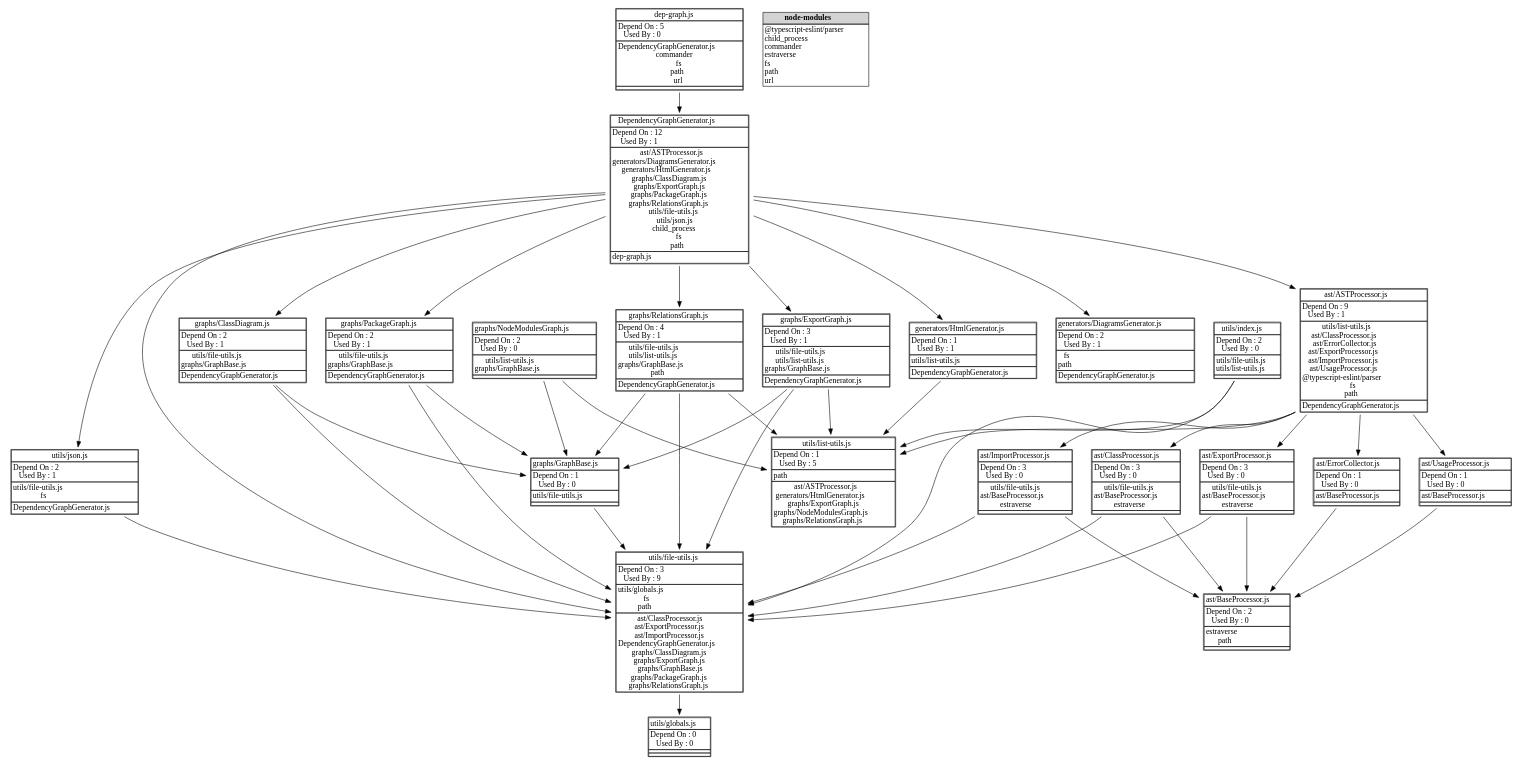
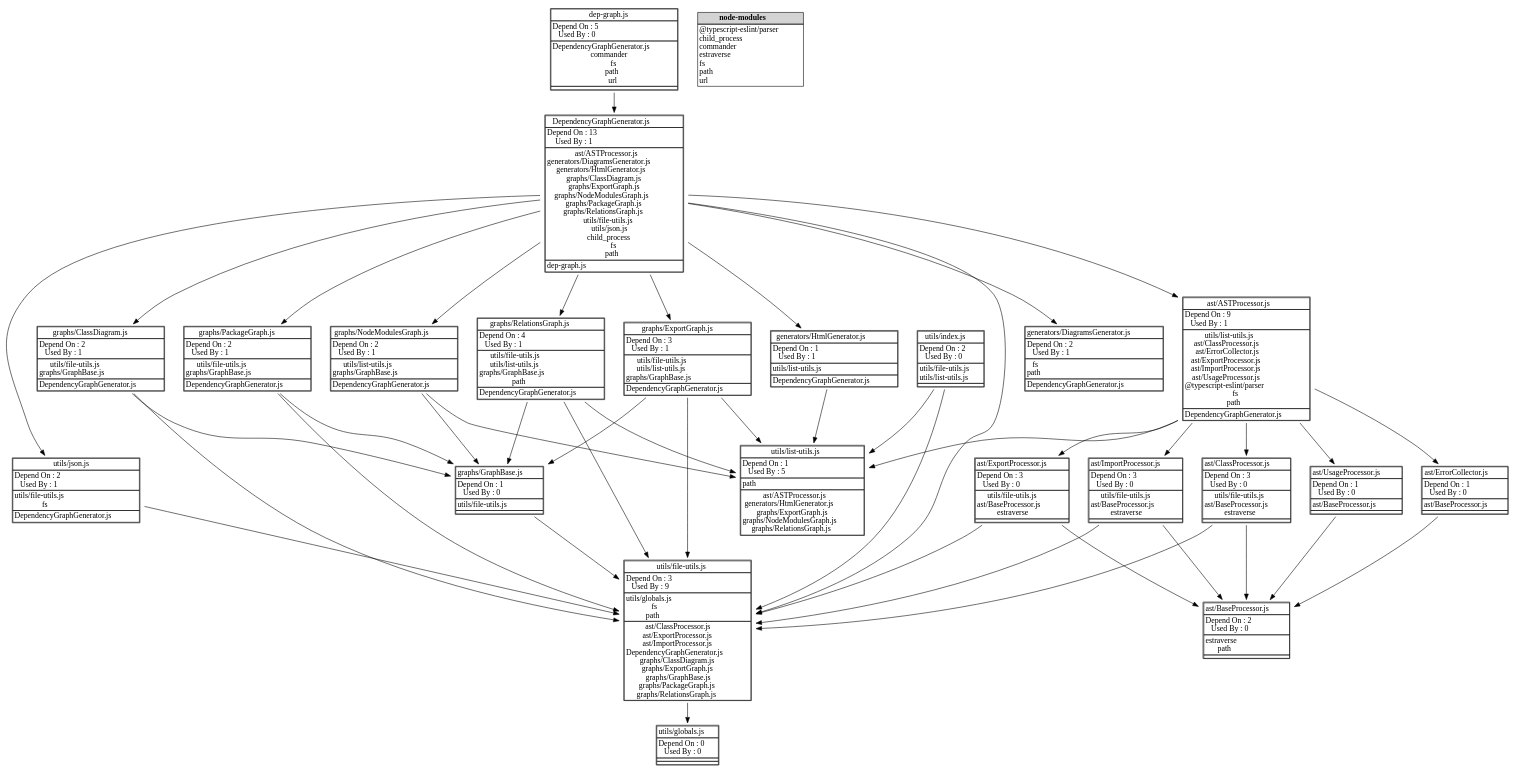
The diagram in docs/Relations.dot (fleebe/dep-graph), drawn with Graphviz before and after one commit. The commit also changed 38 other files, not shown here.

```diff
--- a/docs/Relations.dot
+++ b/docs/Relations.dot
@@ -1,28 +1,29 @@
 digraph {label="";
 labelloc="t";
-"dep-graph.js"[shape = none, label =<<TABLE cellspacing="0" cellborder="1" align="left">
+"dep-graph.js" [shape = none, label =<<TABLE cellspacing="0" cellborder="1" align="left">
 <TR><TD ALIGN="center">dep-graph.js</TD></TR>
 <TR><TD ALIGN="left">Depend On : 5<BR/>
 Used By : 0</TD></TR>
 <TR><TD align="left">DependencyGraphGenerator.js<BR />commander<BR />fs<BR />path<BR />url<BR /></TD></TR><TR><TD align="left"></TD></TR>
 </TABLE>>];
 "dep-graph.js"->"DependencyGraphGenerator.js"
-"DependencyGraphGenerator.js"[shape = none, label =<<TABLE cellspacing="0" cellborder="1" align="left">
+"DependencyGraphGenerator.js" [shape = none, label =<<TABLE cellspacing="0" cellborder="1" align="left">
 <TR><TD ALIGN="center">DependencyGraphGenerator.js</TD></TR>
-<TR><TD ALIGN="left">Depend On : 12<BR/>
+<TR><TD ALIGN="left">Depend On : 13<BR/>
 Used By : 1</TD></TR>
-<TR><TD align="left">ast/ASTProcessor.js<BR />generators/DiagramsGenerator.js<BR />generators/HtmlGenerator.js<BR />graphs/ClassDiagram.js<BR />graphs/ExportGraph.js<BR />graphs/PackageGraph.js<BR />graphs/RelationsGraph.js<BR />utils/file-utils.js<BR />utils/json.js<BR />child_process<BR />fs<BR />path<BR /></TD></TR><TR><TD align="left">dep-graph.js<BR/></TD></TR>
+<TR><TD align="left">ast/ASTProcessor.js<BR />generators/DiagramsGenerator.js<BR />generators/HtmlGenerator.js<BR />graphs/ClassDiagram.js<BR />graphs/ExportGraph.js<BR />graphs/NodeModulesGraph.js<BR />graphs/PackageGraph.js<BR />graphs/RelationsGraph.js<BR />utils/file-utils.js<BR />utils/json.js<BR />child_process<BR />fs<BR />path<BR /></TD></TR><TR><TD align="left">dep-graph.js<BR/></TD></TR>
 </TABLE>>];
 "DependencyGraphGenerator.js"->"ast/ASTProcessor.js"
 "DependencyGraphGenerator.js"->"generators/DiagramsGenerator.js"
 "DependencyGraphGenerator.js"->"generators/HtmlGenerator.js"
 "DependencyGraphGenerator.js"->"graphs/ClassDiagram.js"
 "DependencyGraphGenerator.js"->"graphs/ExportGraph.js"
+"DependencyGraphGenerator.js"->"graphs/NodeModulesGraph.js"
 "DependencyGraphGenerator.js"->"graphs/PackageGraph.js"
 "DependencyGraphGenerator.js"->"graphs/RelationsGraph.js"
 "DependencyGraphGenerator.js"->"utils/file-utils.js"
 "DependencyGraphGenerator.js"->"utils/json.js"
-"ast/ASTProcessor.js"[shape = none, label =<<TABLE cellspacing="0" cellborder="1" align="left">
+"ast/ASTProcessor.js" [shape = none, label =<<TABLE cellspacing="0" cellborder="1" align="left">
 <TR><TD ALIGN="center">ast/ASTProcessor.js</TD></TR>
 <TR><TD ALIGN="left">Depend On : 9<BR/>
 Used By : 1</TD></TR>
@@ -34,13 +35,13 @@
 "ast/ASTProcessor.js"->"ast/ExportProcessor.js"
 "ast/ASTProcessor.js"->"ast/ImportProcessor.js"
 "ast/ASTProcessor.js"->"ast/UsageProcessor.js"
-"ast/BaseProcessor.js"[shape = none, label =<<TABLE cellspacing="0" cellborder="1" align="left">
+"ast/BaseProcessor.js" [shape = none, label =<<TABLE cellspacing="0" cellborder="1" align="left">
 <TR><TD ALIGN="center">ast/BaseProcessor.js</TD></TR>
 <TR><TD ALIGN="left">Depend On : 2<BR/>
 Used By : 0</TD></TR>
 <TR><TD align="left">estraverse<BR />path<BR /></TD></TR><TR><TD align="left"></TD></TR>
 </TABLE>>];
-"ast/ClassProcessor.js"[shape = none, label =<<TABLE cellspacing="0" cellborder="1" align="left">
+"ast/ClassProcessor.js" [shape = none, label =<<TABLE cellspacing="0" cellborder="1" align="left">
 <TR><TD ALIGN="center">ast/ClassProcessor.js</TD></TR>
 <TR><TD ALIGN="left">Depend On : 3<BR/>
 Used By : 0</TD></TR>
@@ -48,14 +49,14 @@
 </TABLE>>];
 "ast/ClassProcessor.js"->"utils/file-utils.js"
 "ast/ClassProcessor.js"->"ast/BaseProcessor.js"
-"ast/ErrorCollector.js"[shape = none, label =<<TABLE cellspacing="0" cellborder="1" align="left">
+"ast/ErrorCollector.js" [shape = none, label =<<TABLE cellspacing="0" cellborder="1" align="left">
 <TR><TD ALIGN="center">ast/ErrorCollector.js</TD></TR>
 <TR><TD ALIGN="left">Depend On : 1<BR/>
 Used By : 0</TD></TR>
 <TR><TD align="left">ast/BaseProcessor.js<BR /></TD></TR><TR><TD align="left"></TD></TR>
 </TABLE>>];
 "ast/ErrorCollector.js"->"ast/BaseProcessor.js"
-"ast/ExportProcessor.js"[shape = none, label =<<TABLE cellspacing="0" cellborder="1" align="left">
+"ast/ExportProcessor.js" [shape = none, label =<<TABLE cellspacing="0" cellborder="1" align="left">
 <TR><TD ALIGN="center">ast/ExportProcessor.js</TD></TR>
 <TR><TD ALIGN="left">Depend On : 3<BR/>
 Used By : 0</TD></TR>
@@ -63,7 +64,7 @@
 </TABLE>>];
 "ast/ExportProcessor.js"->"utils/file-utils.js"
 "ast/ExportProcessor.js"->"ast/BaseProcessor.js"
-"ast/ImportProcessor.js"[shape = none, label =<<TABLE cellspacing="0" cellborder="1" align="left">
+"ast/ImportProcessor.js" [shape = none, label =<<TABLE cellspacing="0" cellborder="1" align="left">
 <TR><TD ALIGN="center">ast/ImportProcessor.js</TD></TR>
 <TR><TD ALIGN="left">Depend On : 3<BR/>
 Used By : 0</TD></TR>
@@ -71,27 +72,27 @@
 </TABLE>>];
 "ast/ImportProcessor.js"->"utils/file-utils.js"
 "ast/ImportProcessor.js"->"ast/BaseProcessor.js"
-"ast/UsageProcessor.js"[shape = none, label =<<TABLE cellspacing="0" cellborder="1" align="left">
+"ast/UsageProcessor.js" [shape = none, label =<<TABLE cellspacing="0" cellborder="1" align="left">
 <TR><TD ALIGN="center">ast/UsageProcessor.js</TD></TR>
 <TR><TD ALIGN="left">Depend On : 1<BR/>
 Used By : 0</TD></TR>
 <TR><TD align="left">ast/BaseProcessor.js<BR /></TD></TR><TR><TD align="left"></TD></TR>
 </TABLE>>];
 "ast/UsageProcessor.js"->"ast/BaseProcessor.js"
-"generators/DiagramsGenerator.js"[shape = none, label =<<TABLE cellspacing="0" cellborder="1" align="left">
+"generators/DiagramsGenerator.js" [shape = none, label =<<TABLE cellspacing="0" cellborder="1" align="left">
 <TR><TD ALIGN="center">generators/DiagramsGenerator.js</TD></TR>
 <TR><TD ALIGN="left">Depend On : 2<BR/>
 Used By : 1</TD></TR>
 <TR><TD align="left">fs<BR />path<BR /></TD></TR><TR><TD align="left">DependencyGraphGenerator.js<BR/></TD></TR>
 </TABLE>>];
-"generators/HtmlGenerator.js"[shape = none, label =<<TABLE cellspacing="0" cellborder="1" align="left">
+"generators/HtmlGenerator.js" [shape = none, label =<<TABLE cellspacing="0" cellborder="1" align="left">
 <TR><TD ALIGN="center">generators/HtmlGenerator.js</TD></TR>
 <TR><TD ALIGN="left">Depend On : 1<BR/>
 Used By : 1</TD></TR>
 <TR><TD align="left">utils/list-utils.js<BR /></TD></TR><TR><TD align="left">DependencyGraphGenerator.js<BR/></TD></TR>
 </TABLE>>];
 "generators/HtmlGenerator.js"->"utils/list-utils.js"
-"graphs/ClassDiagram.js"[shape = none, label =<<TABLE cellspacing="0" cellborder="1" align="left">
+"graphs/ClassDiagram.js" [shape = none, label =<<TABLE cellspacing="0" cellborder="1" align="left">
 <TR><TD ALIGN="center">graphs/ClassDiagram.js</TD></TR>
 <TR><TD ALIGN="left">Depend On : 2<BR/>
 Used By : 1</TD></TR>
@@ -99,7 +100,7 @@
 </TABLE>>];
 "graphs/ClassDiagram.js"->"utils/file-utils.js"
 "graphs/ClassDiagram.js"->"graphs/GraphBase.js"
-"graphs/ExportGraph.js"[shape = none, label =<<TABLE cellspacing="0" cellborder="1" align="left">
+"graphs/ExportGraph.js" [shape = none, label =<<TABLE cellspacing="0" cellborder="1" align="left">
 <TR><TD ALIGN="center">graphs/ExportGraph.js</TD></TR>
 <TR><TD ALIGN="left">Depend On : 3<BR/>
 Used By : 1</TD></TR>
@@ -108,22 +109,22 @@
 "graphs/ExportGraph.js"->"utils/file-utils.js"
 "graphs/ExportGraph.js"->"utils/list-utils.js"
 "graphs/ExportGraph.js"->"graphs/GraphBase.js"
-"graphs/GraphBase.js"[shape = none, label =<<TABLE cellspacing="0" cellborder="1" align="left">
+"graphs/GraphBase.js" [shape = none, label =<<TABLE cellspacing="0" cellborder="1" align="left">
 <TR><TD ALIGN="center">graphs/GraphBase.js</TD></TR>
 <TR><TD ALIGN="left">Depend On : 1<BR/>
 Used By : 0</TD></TR>
 <TR><TD align="left">utils/file-utils.js<BR /></TD></TR><TR><TD align="left"></TD></TR>
 </TABLE>>];
 "graphs/GraphBase.js"->"utils/file-utils.js"
-"graphs/NodeModulesGraph.js"[shape = none, label =<<TABLE cellspacing="0" cellborder="1" align="left">
+"graphs/NodeModulesGraph.js" [shape = none, label =<<TABLE cellspacing="0" cellborder="1" align="left">
 <TR><TD ALIGN="center">graphs/NodeModulesGraph.js</TD></TR>
 <TR><TD ALIGN="left">Depend On : 2<BR/>
-Used By : 0</TD></TR>
-<TR><TD align="left">utils/list-utils.js<BR />graphs/GraphBase.js<BR /></TD></TR><TR><TD align="left"></TD></TR>
+Used By : 1</TD></TR>
+<TR><TD align="left">utils/list-utils.js<BR />graphs/GraphBase.js<BR /></TD></TR><TR><TD align="left">DependencyGraphGenerator.js<BR/></TD></TR>
 </TABLE>>];
 "graphs/NodeModulesGraph.js"->"utils/list-utils.js"
 "graphs/NodeModulesGraph.js"->"graphs/GraphBase.js"
-"graphs/PackageGraph.js"[shape = none, label =<<TABLE cellspacing="0" cellborder="1" align="left">
+"graphs/PackageGraph.js" [shape = none, label =<<TABLE cellspacing="0" cellborder="1" align="left">
 <TR><TD ALIGN="center">graphs/PackageGraph.js</TD></TR>
 <TR><TD ALIGN="left">Depend On : 2<BR/>
 Used By : 1</TD></TR>
@@ -131,7 +132,7 @@
 </TABLE>>];
 "graphs/PackageGraph.js"->"utils/file-utils.js"
 "graphs/PackageGraph.js"->"graphs/GraphBase.js"
-"graphs/RelationsGraph.js"[shape = none, label =<<TABLE cellspacing="0" cellborder="1" align="left">
+"graphs/RelationsGraph.js" [shape = none, label =<<TABLE cellspacing="0" cellborder="1" align="left">
 <TR><TD ALIGN="center">graphs/RelationsGraph.js</TD></TR>
 <TR><TD ALIGN="left">Depend On : 4<BR/>
 Used By : 1</TD></TR>
@@ -140,20 +141,20 @@
 "graphs/RelationsGraph.js"->"utils/file-utils.js"
 "graphs/RelationsGraph.js"->"utils/list-utils.js"
 "graphs/RelationsGraph.js"->"graphs/GraphBase.js"
-"utils/file-utils.js"[shape = none, label =<<TABLE cellspacing="0" cellborder="1" align="left">
+"utils/file-utils.js" [shape = none, label =<<TABLE cellspacing="0" cellborder="1" align="left">
 <TR><TD ALIGN="center">utils/file-utils.js</TD></TR>
 <TR><TD ALIGN="left">Depend On : 3<BR/>
 Used By : 9</TD></TR>
 <TR><TD align="left">utils/globals.js<BR />fs<BR />path<BR /></TD></TR><TR><TD align="left">ast/ClassProcessor.js<BR/>ast/ExportProcessor.js<BR/>ast/ImportProcessor.js<BR/>DependencyGraphGenerator.js<BR/>graphs/ClassDiagram.js<BR/>graphs/ExportGraph.js<BR/>graphs/GraphBase.js<BR/>graphs/PackageGraph.js<BR/>graphs/RelationsGraph.js<BR/></TD></TR>
 </TABLE>>];
 "utils/file-utils.js"->"utils/globals.js"
-"utils/globals.js"[shape = none, label =<<TABLE cellspacing="0" cellborder="1" align="left">
+"utils/globals.js" [shape = none, label =<<TABLE cellspacing="0" cellborder="1" align="left">
 <TR><TD ALIGN="center">utils/globals.js</TD></TR>
 <TR><TD ALIGN="left">Depend On : 0<BR/>
 Used By : 0</TD></TR>
 <TR><TD align="left"></TD></TR><TR><TD align="left"></TD></TR>
 </TABLE>>];
-"utils/index.js"[shape = none, label =<<TABLE cellspacing="0" cellborder="1" align="left">
+"utils/index.js" [shape = none, label =<<TABLE cellspacing="0" cellborder="1" align="left">
 <TR><TD ALIGN="center">utils/index.js</TD></TR>
 <TR><TD ALIGN="left">Depend On : 2<BR/>
 Used By : 0</TD></TR>
@@ -161,14 +162,14 @@
 </TABLE>>];
 "utils/index.js"->"utils/file-utils.js"
 "utils/index.js"->"utils/list-utils.js"
-"utils/json.js"[shape = none, label =<<TABLE cellspacing="0" cellborder="1" align="left">
+"utils/json.js" [shape = none, label =<<TABLE cellspacing="0" cellborder="1" align="left">
 <TR><TD ALIGN="center">utils/json.js</TD></TR>
 <TR><TD ALIGN="left">Depend On : 2<BR/>
 Used By : 1</TD></TR>
 <TR><TD align="left">utils/file-utils.js<BR />fs<BR /></TD></TR><TR><TD align="left">DependencyGraphGenerator.js<BR/></TD></TR>
 </TABLE>>];
 "utils/json.js"->"utils/file-utils.js"
-"utils/list-utils.js"[shape = none, label =<<TABLE cellspacing="0" cellborder="1" align="left">
+"utils/list-utils.js" [shape = none, label =<<TABLE cellspacing="0" cellborder="1" align="left">
 <TR><TD ALIGN="center">utils/list-utils.js</TD></TR>
 <TR><TD ALIGN="left">Depend On : 1<BR/>
 Used By : 5</TD></TR>
```
